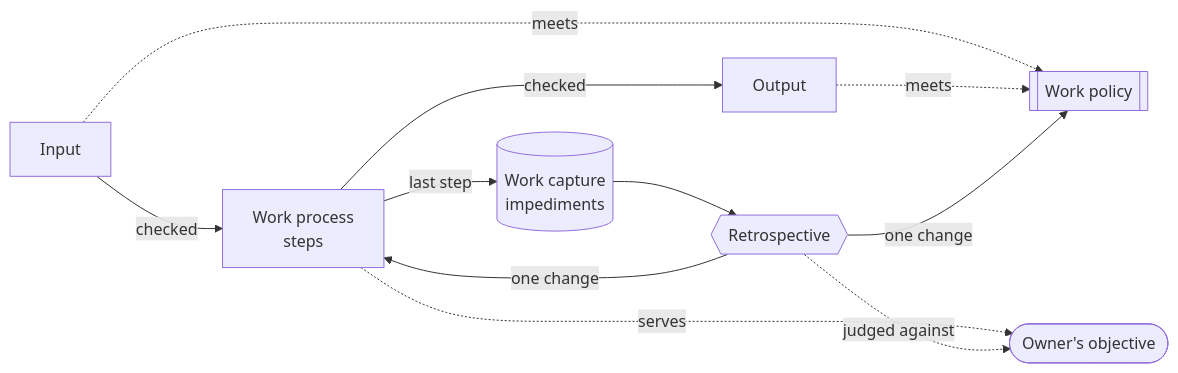
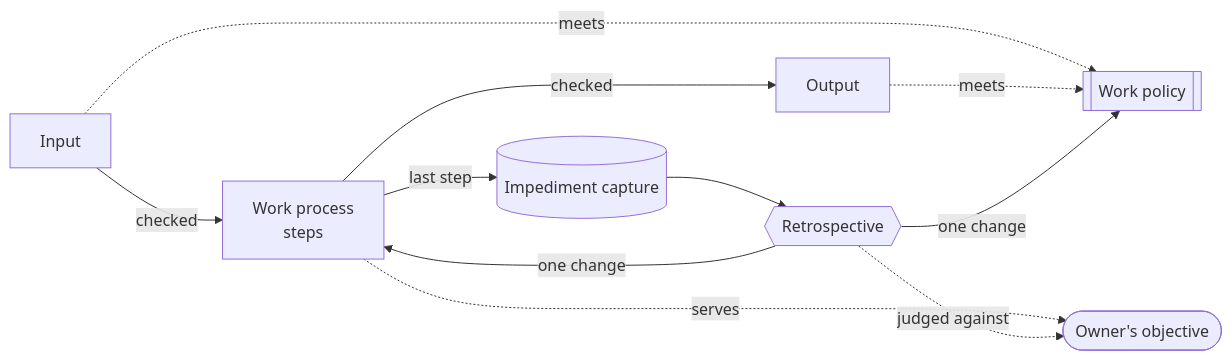
Before and after one commit to Delkrak/claude-coach: the diagram in plugins/devops-drillmaster/concept.md, drawn with Mermaid. The commit also changed other lines of this file, not shown here.

Commit message:
docs(devops-drillmaster): work capture is impediment capture

````diff
--- a/plugins/devops-drillmaster/concept.md
+++ b/plugins/devops-drillmaster/concept.md
@@ -63,20 +63,20 @@
 ```mermaid
 flowchart LR
     obj(["Owner's objective"])
     pol[["Work policy"]]
     input["Input"]
     proc["Work process<br/>steps"]
     output["Output"]
-    cap[("Work capture<br/>impediments")]
+    cap[("Impediment capture")]
     retro{{"Retrospective"}}
 
     input -->|checked| proc -->|checked| output
     input -. meets .-> pol
     output -. meets .-> pol
     proc -->|last step| cap
     cap --> retro
     retro -->|one change| proc
     retro -->|one change| pol
     proc -. serves .-> obj
     retro -. judged against .-> obj
 ```
````
